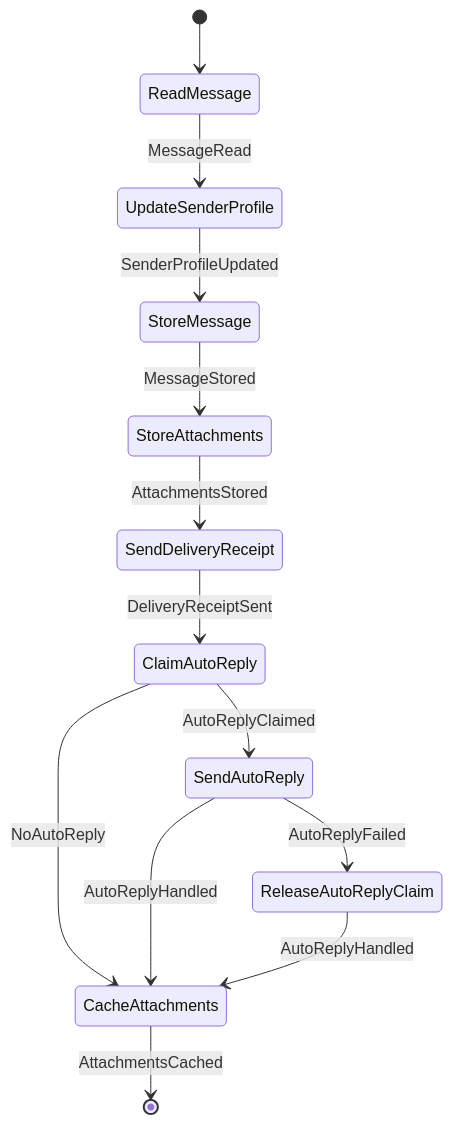
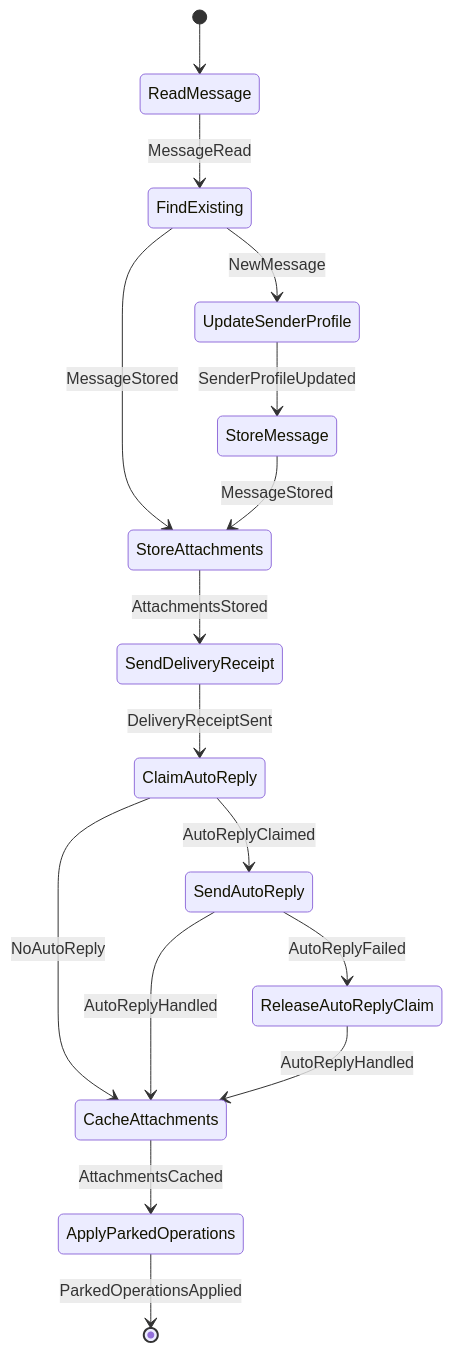
One commit to cbgm/Sparrow changed the first of 31 diagrams in docs/architecture/workflows/incoming.md. Above: the diagram before and after it, drawn with Mermaid. The commit also changed other lines of this file and 1796 other files, not shown here.

````diff
--- a/docs/architecture/workflows/incoming.md
+++ b/docs/architecture/workflows/incoming.md
@@ -58,15 +61,18 @@
 ```mermaid
 stateDiagram-v2
     [*] --> ReadMessage
-    ReadMessage --> UpdateSenderProfile : MessageRead
+    ReadMessage --> FindExisting : MessageRead
+    FindExisting --> StoreAttachments : MessageStored
+    FindExisting --> UpdateSenderProfile : NewMessage
     UpdateSenderProfile --> StoreMessage : SenderProfileUpdated
     StoreMessage --> StoreAttachments : MessageStored
     StoreAttachments --> SendDeliveryReceipt : AttachmentsStored
     SendDeliveryReceipt --> ClaimAutoReply : DeliveryReceiptSent
     ClaimAutoReply --> SendAutoReply : AutoReplyClaimed
     ClaimAutoReply --> CacheAttachments : NoAutoReply
     SendAutoReply --> ReleaseAutoReplyClaim : AutoReplyFailed
     SendAutoReply --> CacheAttachments : AutoReplyHandled
     ReleaseAutoReplyClaim --> CacheAttachments : AutoReplyHandled
-    CacheAttachments --> [*] : AttachmentsCached
+    CacheAttachments --> ApplyParkedOperations : AttachmentsCached
+    ApplyParkedOperations --> [*] : ParkedOperationsApplied
 ```
````
